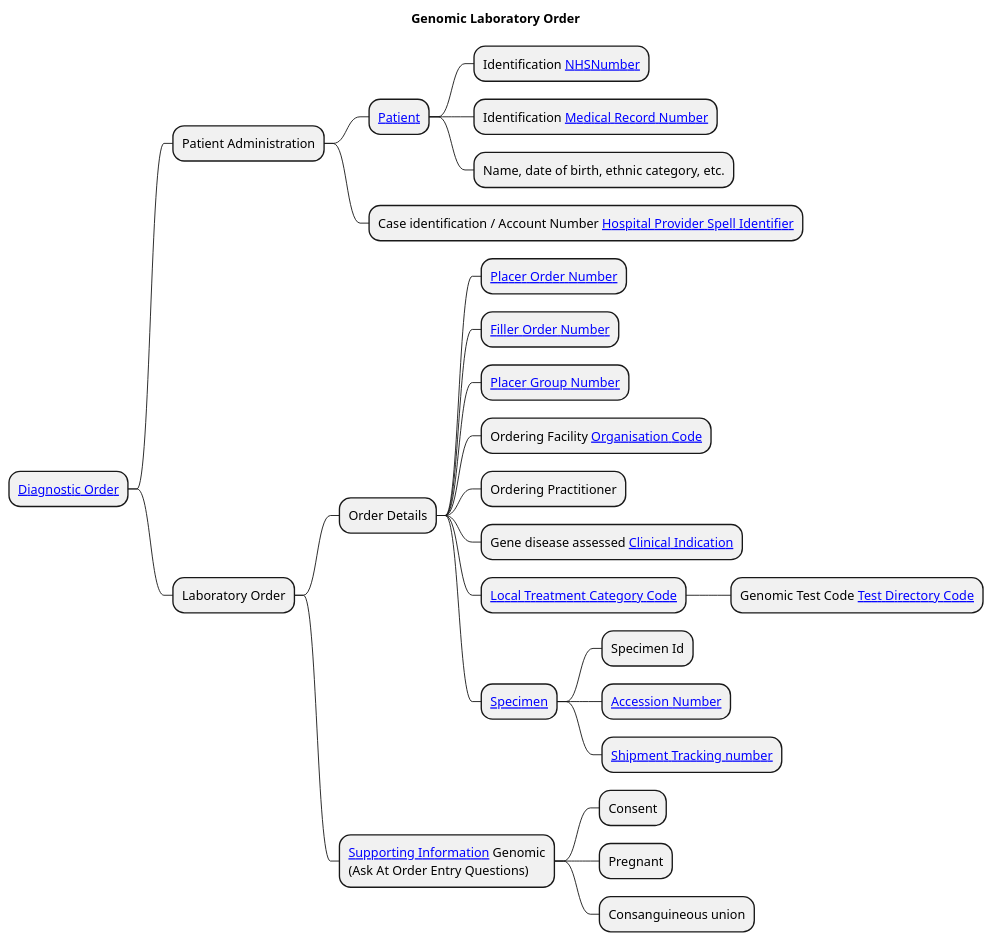
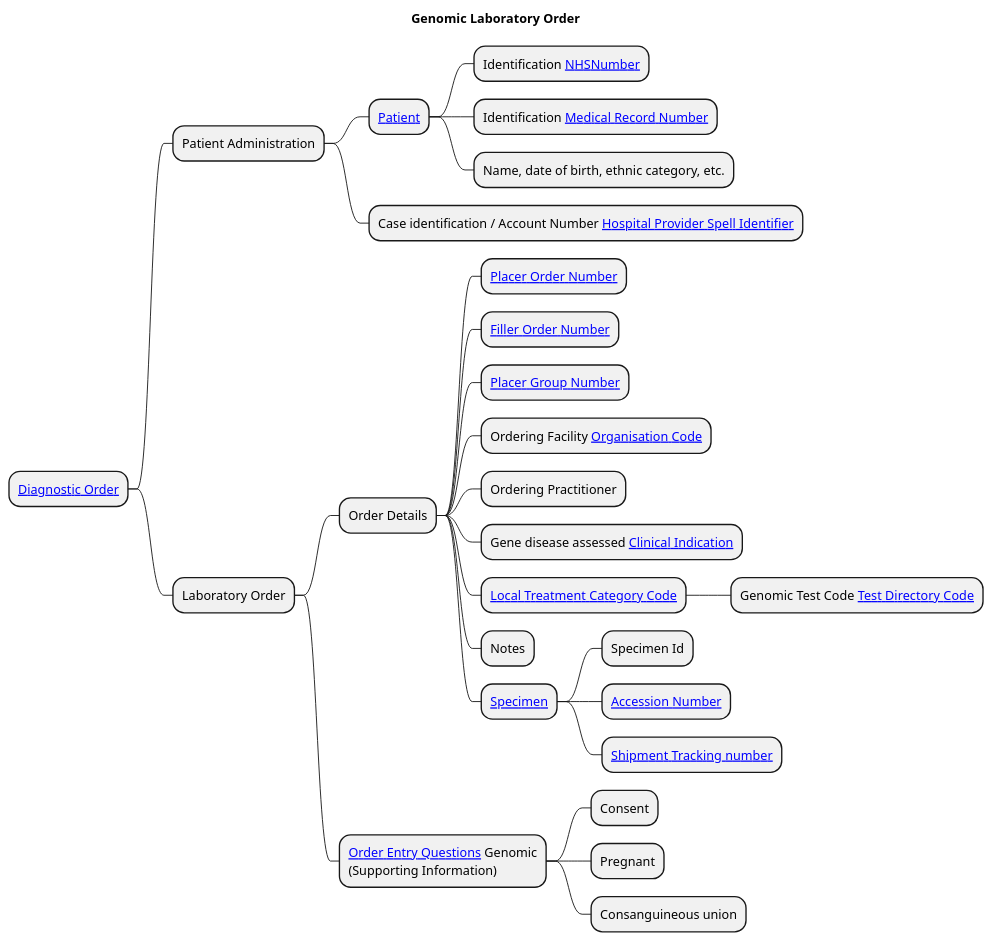
One commit to uk-gov-mirror/nw-gmsa.nw-gmsa.github.com changed the diagram in input/images-source/Laboratory-Order-mindmap.plantuml. Above: the diagram before and after it, drawn with PlantUML. The commit also changed 3 other files, not shown here.

Commit message:
Changed supporting infor to Order Entry Questions

```diff
--- a/input/images-source/Laboratory-Order-mindmap.plantuml
+++ b/input/images-source/Laboratory-Order-mindmap.plantuml
@@ -1,31 +1,32 @@
 @startmindmap
 
 title "Genomic Laboratory Order"
 
 * [[#diagnostic-order Diagnostic Order]]
 ** Patient Administration
 *** [[StructureDefinition-Patient.html Patient]]
 **** Identification [[StructureDefinition-NHSNumber.html NHSNumber]]
 **** Identification [[StructureDefinition-MedicalRecordNumber.html Medical Record Number]]
 **** Name, date of birth, ethnic category, etc.
 *** Case identification / Account Number [[StructureDefinition-HospitalProviderSpellIdentifier.html Hospital Provider Spell Identifier]]
 ** Laboratory Order
 *** Order Details
 **** [[StructureDefinition-PlacerOrderNumber.html Placer Order Number]]
 **** [[StructureDefinition-FillerOrderNumber.html Filler Order Number]]
 **** [[StructureDefinition-PlacerGroupNumber.html Placer Group Number]]
 **** Ordering Facility [[StructureDefinition-OrganisationCode.html Organisation Code]]
 **** Ordering Practitioner
 **** Gene disease assessed [[CodeSystem-GenomicClinicalIndication.html Clinical Indication]]
 **** [[https://www.datadictionary.nhs.uk/data_elements/local_treatment_category_code.html Local Treatment Category Code]]
 ***** Genomic Test Code [[CodeSystem-GenomicTestCode.html Test Directory Code]]
+**** Notes
 **** [[#specimen Specimen]]
 ***** Specimen Id
 ***** [[StructureDefinition-AccessionNumber.html Accession Number]]
 ***** [[StructureDefinition-ShipmentTrackingNumber.html Shipment Tracking number]]
-*** [[#supporting-information Supporting Information]] Genomic\n(Ask At Order Entry Questions)
+*** [[#order-entry-questions Order Entry Questions]] Genomic\n(Supporting Information)
 **** Consent
 **** Pregnant
 **** Consanguineous union
 
 @endmindmap
```
